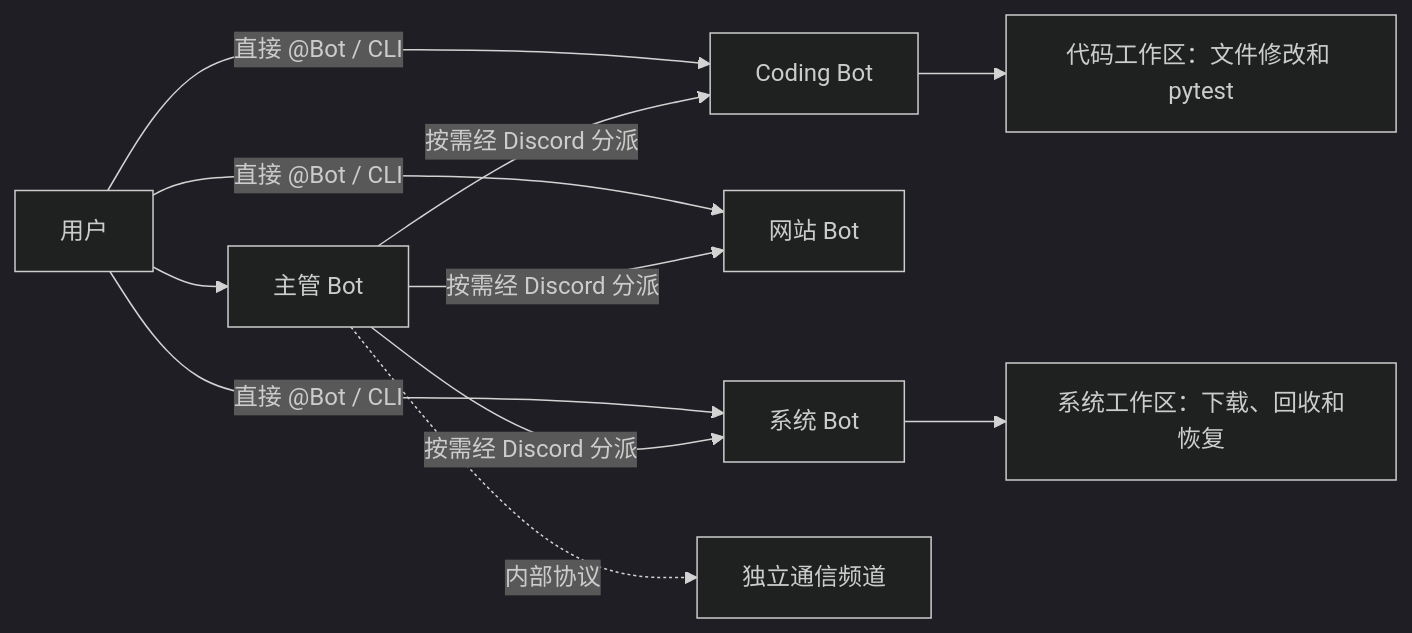
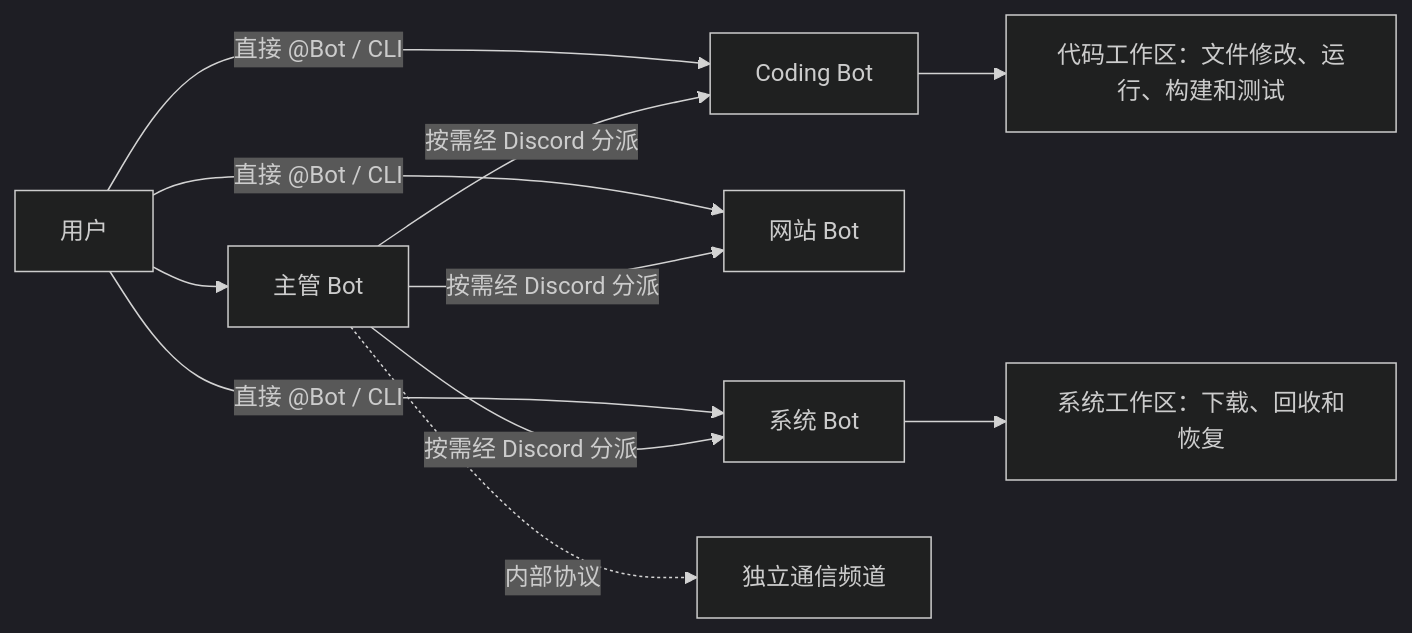
One commit to BoyuSong/spirit changed the diagram in docs/cloud-multi-agent.md. Above: the diagram before and after it, drawn with Mermaid (dark theme). The commit also changed other lines of this file and 10 other files, not shown here.

````diff
--- a/docs/cloud-multi-agent.md
+++ b/docs/cloud-multi-agent.md
@@ -5,13 +5,13 @@
 ```mermaid
 flowchart LR
     U[用户] -->|直接 @Bot / CLI| D[Coding Bot]
     U -->|直接 @Bot / CLI| W[网站 Bot]
     U -->|直接 @Bot / CLI| S[系统 Bot]
     U --> C[主管 Bot]
     C -->|按需经 Discord 分派| D
     C -->|按需经 Discord 分派| W
     C -->|按需经 Discord 分派| S
-    D --> P[代码工作区：文件修改和 pytest]
+    D --> P[代码工作区：文件修改、运行、构建和测试]
     S --> F[系统工作区：下载、回收和恢复]
     C -. 内部协议 .-> B[独立通信频道]
 ```
````
